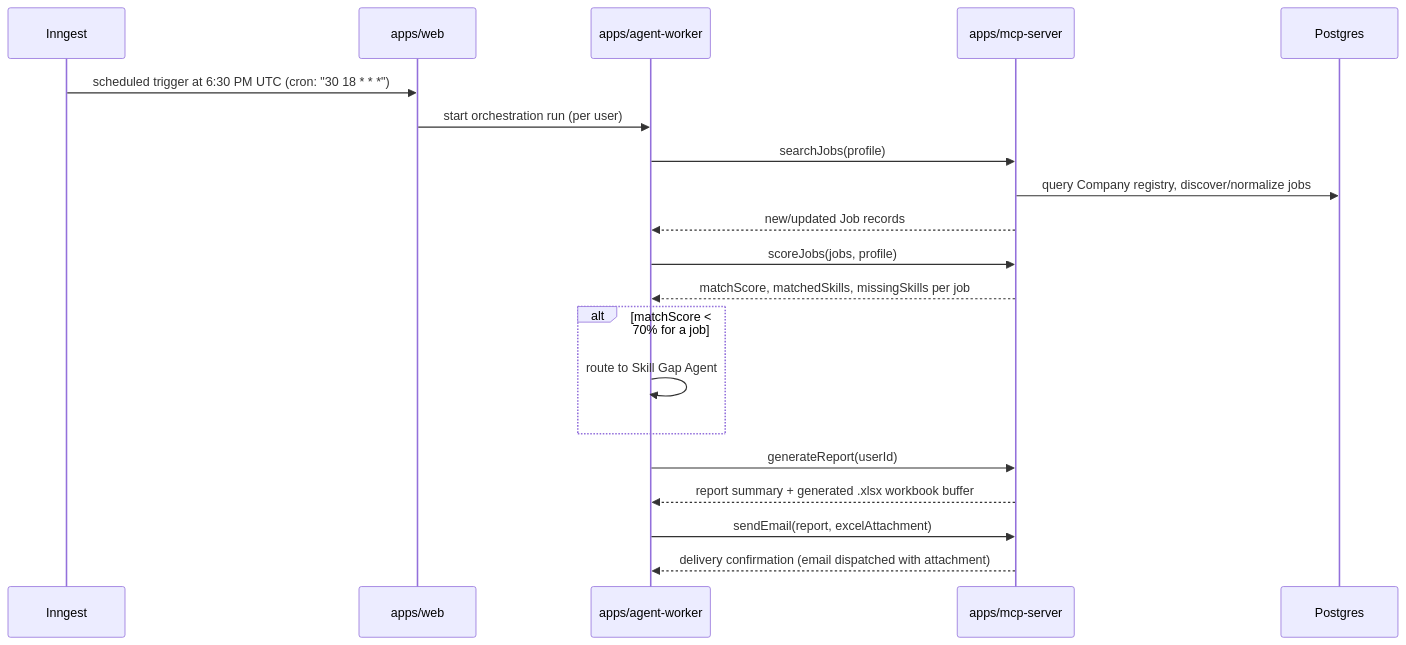
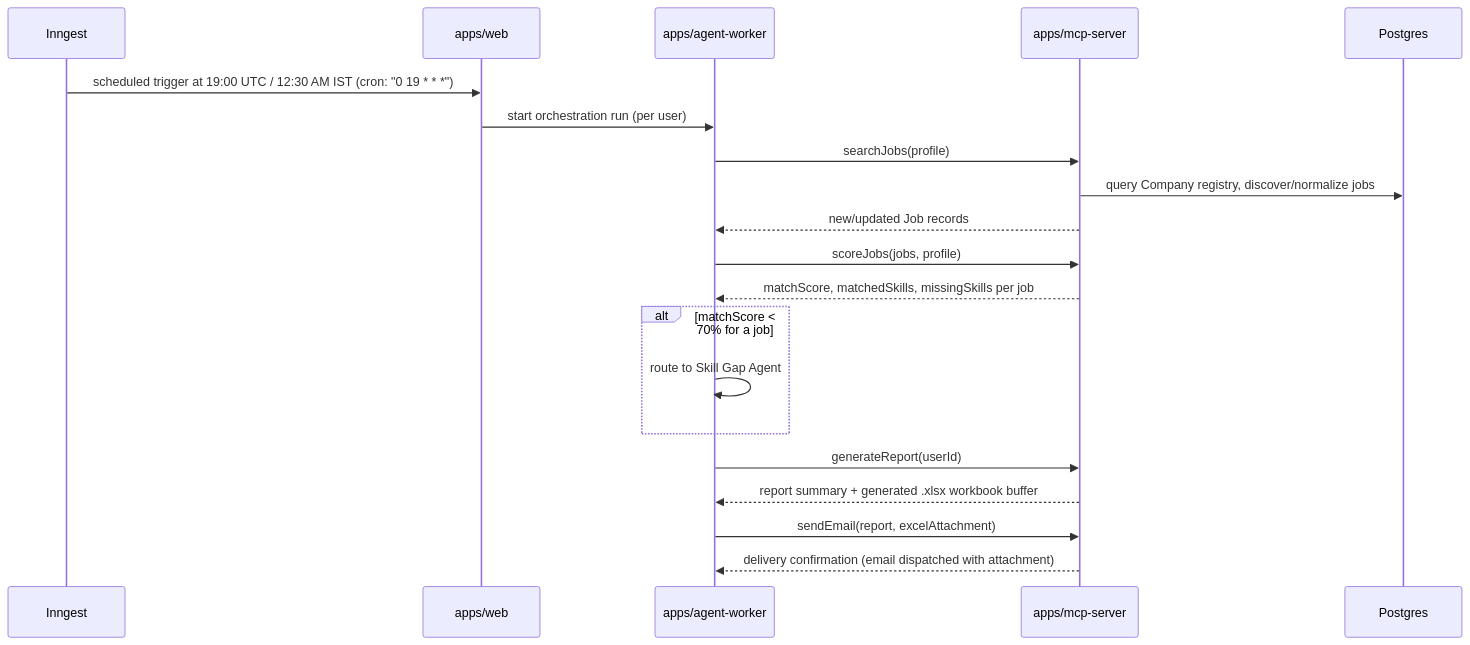
The second of 2 diagrams in docs/architecture/SYSTEM_ARCHITECTURE.md (AdrishKarak/Job-intel), drawn with Mermaid before and after one commit. The commit also changed 6 other files, not shown here.

Commit message:
fix(scheduler): set daily report cron to 19:00 UTC (12:30 AM IST)

````diff
--- a/docs/architecture/SYSTEM_ARCHITECTURE.md
+++ b/docs/architecture/SYSTEM_ARCHITECTURE.md
@@ -27,23 +27,23 @@
 ```mermaid
 sequenceDiagram
     participant Inngest
     participant Web as apps/web
     participant Agent as apps/agent-worker
     participant MCP as apps/mcp-server
     participant DB as Postgres
 
-    Inngest->>Web: scheduled trigger at 6:30 PM UTC (cron: "30 18 * * *")
+    Inngest->>Web: scheduled trigger at 19:00 UTC / 12:30 AM IST (cron: "0 19 * * *")
     Web->>Agent: start orchestration run (per user)
     Agent->>MCP: searchJobs(profile)
     MCP->>DB: query Company registry, discover/normalize jobs
     MCP-->>Agent: new/updated Job records
     Agent->>MCP: scoreJobs(jobs, profile)
     MCP-->>Agent: matchScore, matchedSkills, missingSkills per job
     alt matchScore < 70% for a job
         Agent->>Agent: route to Skill Gap Agent
     end
     Agent->>MCP: generateReport(userId)
     MCP-->>Agent: report summary + generated .xlsx workbook buffer
     Agent->>MCP: sendEmail(report, excelAttachment)
     MCP-->>Agent: delivery confirmation (email dispatched with attachment)
 ```
````
